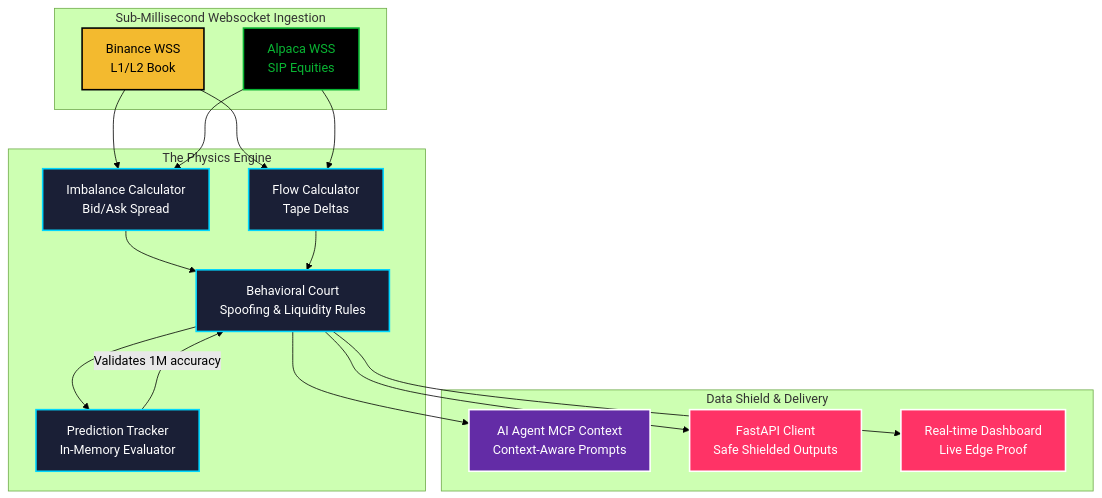
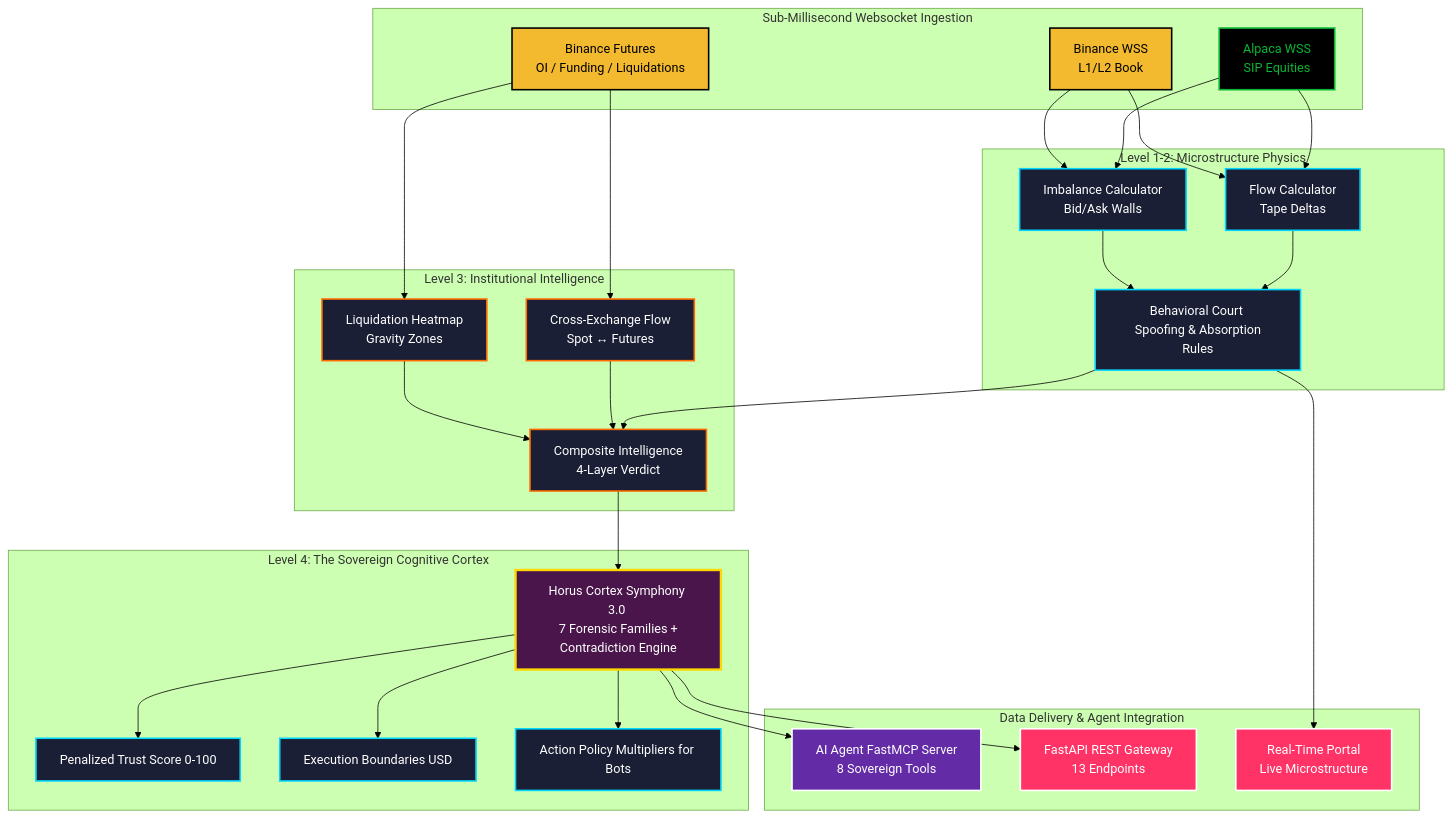
The diagram in README.md (horustechltd/horus-flow-mcp), drawn with Mermaid (forest theme) before and after one commit. The commit also changed other lines of this file and 72 other files, not shown here.

First line of the commit message:
feat(cortex): launch Horus Cortex Symphony v3.0, Level 4 API & MCP Brain

````diff
--- a/README.md
+++ b/README.md
@@ -140,45 +80,69 @@
 ```mermaid
 graph TD
     %% Styling
     classDef crypto_stream fill:#F3BA2F,stroke:#000,color:#000,stroke-width:2px;
     classDef equity_stream fill:#000,stroke:#09b533,color:#09b533,stroke-width:2px;
     classDef compute fill:#1A1F36,stroke:#00D6FF,color:#fff,stroke-width:2px;
+    classDef level3 fill:#1A1F36,stroke:#FF6B00,color:#fff,stroke-width:2px;
+    classDef cortex fill:#4A154B,stroke:#FFD700,color:#fff,stroke-width:3px;
     classDef mcp fill:#632CA6,stroke:#fff,color:#fff,stroke-width:2px;
     classDef client fill:#FF3366,stroke:#fff,color:#fff,stroke-width:2px;
 
     %% Ingestion
     subgraph Data_Pipelines [Sub-Millisecond Websocket Ingestion]
         B[Binance WSS <br/> L1/L2 Book]:::crypto_stream
         A[Alpaca WSS <br/> SIP Equities]:::equity_stream
+        BF[Binance Futures <br/> OI / Funding / Liquidations]:::crypto_stream
     end
 
-    %% Engine
-    subgraph Core_Engine [The Physics Engine]
-        IC[Imbalance Calculator <br/> Bid/Ask Spread]:::compute
+    %% Level 1-2 Engine
+    subgraph Core_Engine [Level 1-2: Microstructure Physics]
+        IC[Imbalance Calculator <br/> Bid/Ask Walls]:::compute
         FC[Flow Calculator <br/> Tape Deltas]:::compute
-        Tkr[Prediction Tracker <br/> In-Memory Evaluator]:::compute
-        BC[Behavioral Court <br/> Spoofing & Liquidity Rules]:::compute
+        BC[Behavioral Court <br/> Spoofing & Absorption Rules]:::compute
+    end
+
+    %% Level 3 Intelligence
+    subgraph L3_Engine [Level 3: Institutional Intelligence]
+        LH[Liquidation Heatmap <br/> Gravity Zones]:::level3
+        XF[Cross-Exchange Flow <br/> Spot ↔ Futures]:::level3
+        CI[Composite Intelligence <br/> 4-Layer Verdict]:::level3
+    end
+
+    %% Level 4 Cognitive Cortex
+    subgraph L4_Cortex [Level 4: The Sovereign Cognitive Cortex]
+        HC[Horus Cortex Symphony 3.0 <br/> 7 Forensic Families + Contradiction Engine]:::cortex
+        TS[Penalized Trust Score 0-100]:::compute
+        EB[Execution Boundaries USD]:::compute
+        AP[Action Policy Multipliers for Bots]:::compute
     end
 
     %% Output
-    subgraph Output_Layer [Data Shield & Delivery]
-        MCP[AI Agent MCP Context <br/> Context-Aware Prompts]:::mcp
-        API[FastAPI Client <br/> Safe Shielded Outputs]:::client
-        Dash[Real-time Dashboard <br/> Live Edge Proof]:::client
+    subgraph Output_Layer [Data Delivery & Agent Integration]
+        MCP[AI Agent FastMCP Server <br/> 8 Sovereign Tools]:::mcp
+        API[FastAPI REST Gateway <br/> 13 Endpoints]:::client
+        Dash[Real-Time Portal <br/> Live Microstructure]:::client
     end
 
     B --> IC
     A --> IC
     B --> FC
     A --> FC
-    
+    BF --> LH
+    BF --> XF
+
     IC --> BC
     FC --> BC
-    
-    BC --> Tkr
-    Tkr -- "Validates 1M accuracy" --> BC
-    
-    BC --> MCP
-    BC --> API
+    LH --> CI
+    XF --> CI
+    BC --> CI
+
+    CI --> HC
+    HC --> TS
+    HC --> EB
+    HC --> AP
+
+    HC --> MCP
+    HC --> API
     BC --> Dash
 ```
````
